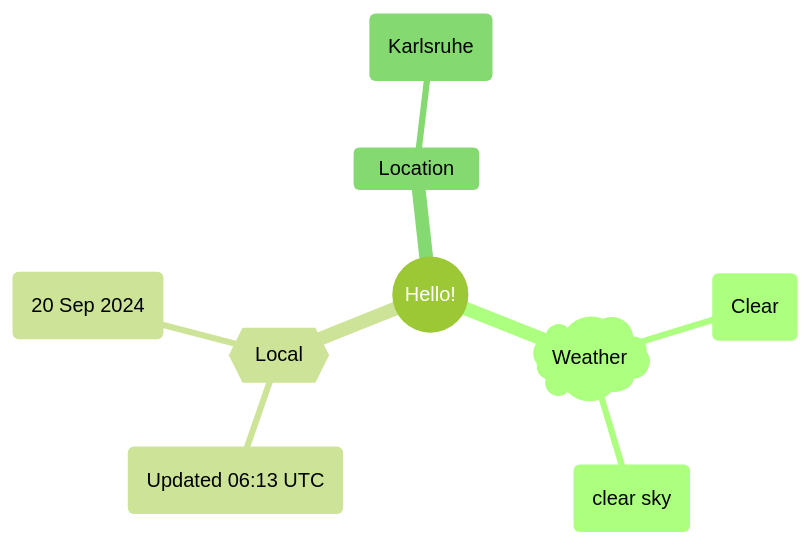
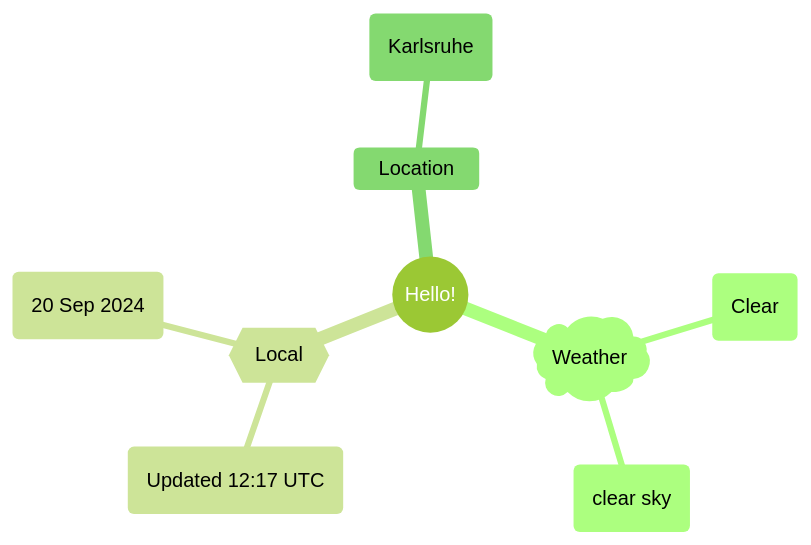
The first of 2 diagrams in README.md (Xosrov/Xosrov), drawn with Mermaid (forest theme) before and after one commit.

Commit message:
[bot] updated images

````diff
--- a/README.md
+++ b/README.md
@@ -3,12 +3,12 @@
 ```mermaid
 mindmap
   root((Hello!))
     )Weather(
         (Clear)
         (clear sky)
     {{Local}}
-        (Updated 06:13 UTC)
+        (Updated 12:17 UTC)
         (20 Sep 2024)
     Location
         (Karlsruhe)
 ```
````
